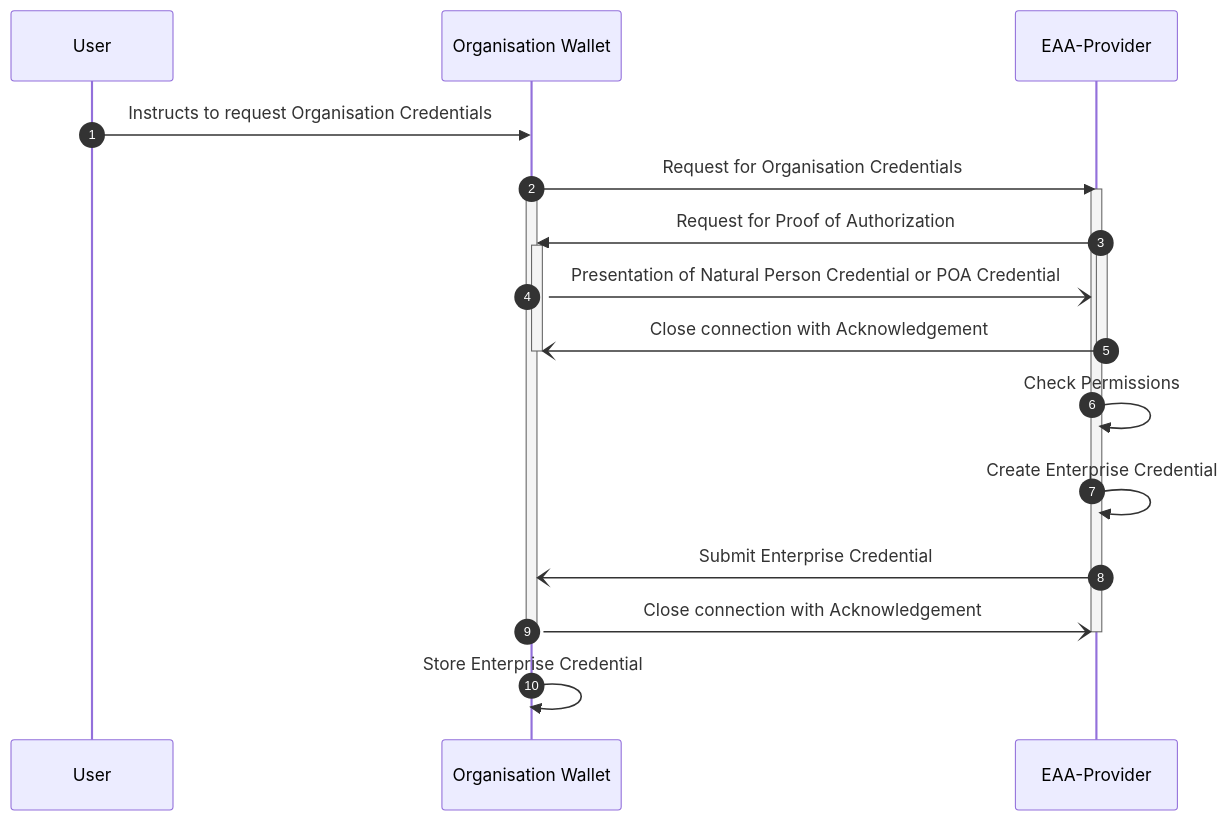
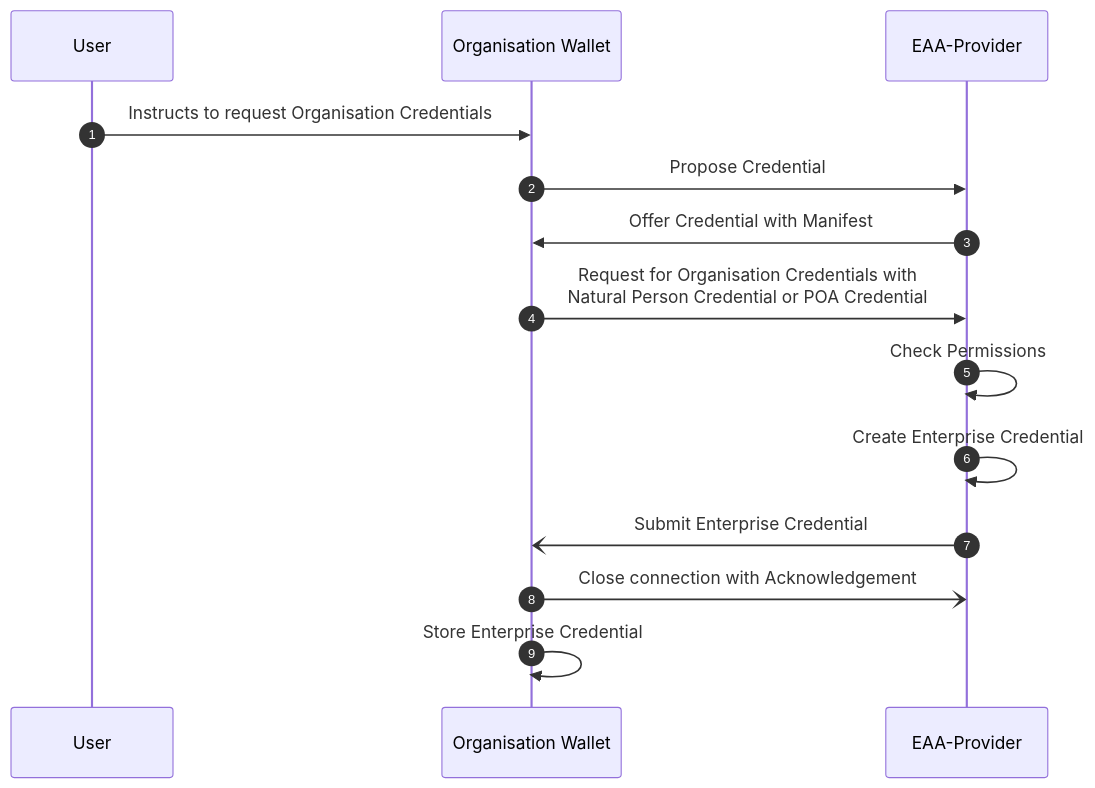
The third of 4 diagrams in ewc-rfc010-issue-and-present-organisational-credentials.md (EWC-consortium/eudi-wallet-rfcs), drawn with Mermaid before and after one commit. The commit also changed other lines of this file, not shown here.

````diff
--- a/ewc-rfc010-issue-and-present-organisational-credentials.md
+++ b/ewc-rfc010-issue-and-present-organisational-credentials.md
@@ -652,27 +652,18 @@
 ```mermaid
 sequenceDiagram
   autonumber
 
   participant User as User
   participant OrgWallet as Organisation Wallet
   participant EAAP as EAA-Provider
 
   User->>OrgWallet: Instructs to request Organisation Credentials
-  OrgWallet->>EAAP: Request for Organisation Credentials
-  activate EAAP
-  activate OrgWallet
-  EAAP->>OrgWallet: Request for Proof of Authorization
-  activate OrgWallet
-  activate EAAP
-  OrgWallet-)EAAP: Presentation of Natural Person Credential or POA Credential
-  EAAP-)OrgWallet: Close connection with Acknowledgement
-  deactivate OrgWallet
-  deactivate EAAP
+  OrgWallet->>EAAP: Propose Credential
+  EAAP->>OrgWallet: Offer Credential with Manifest
+  OrgWallet->>EAAP: Request for Organisation Credentials with<br>Natural Person Credential or POA Credential 
   EAAP->>EAAP: Check Permissions
   EAAP->>EAAP: Create Enterprise Credential
   EAAP-)OrgWallet: Submit Enterprise Credential
   OrgWallet-)EAAP: Close connection with Acknowledgement
-  deactivate OrgWallet
-  deactivate EAAP
   OrgWallet->>OrgWallet: Store Enterprise Credential
 ```
````
